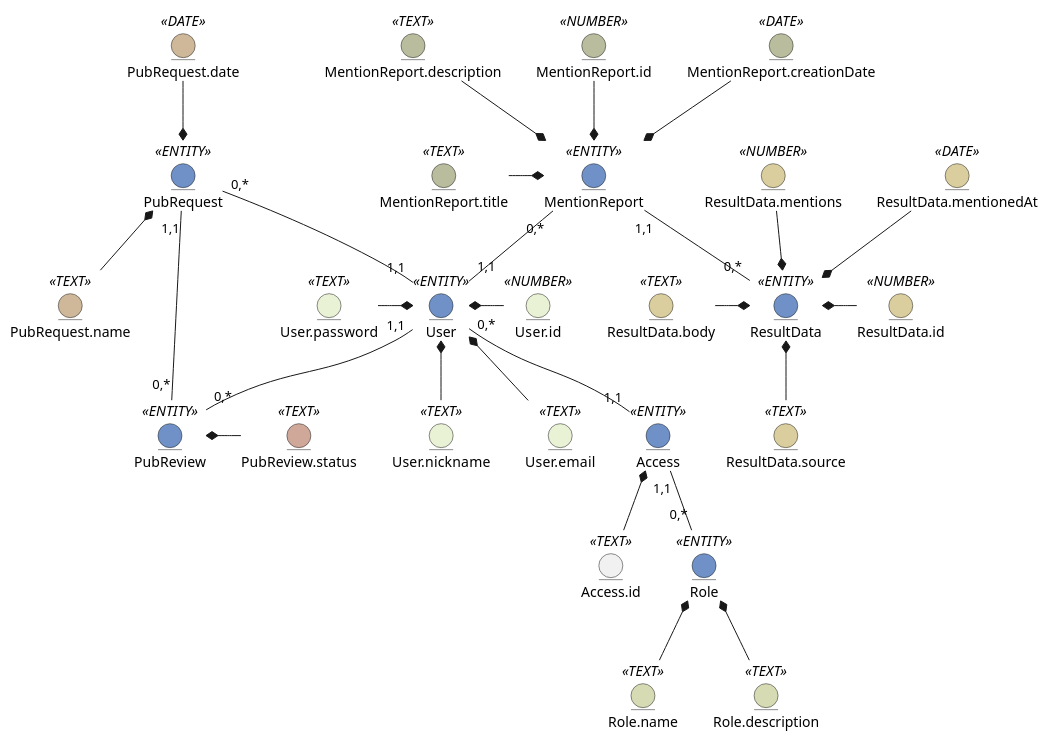
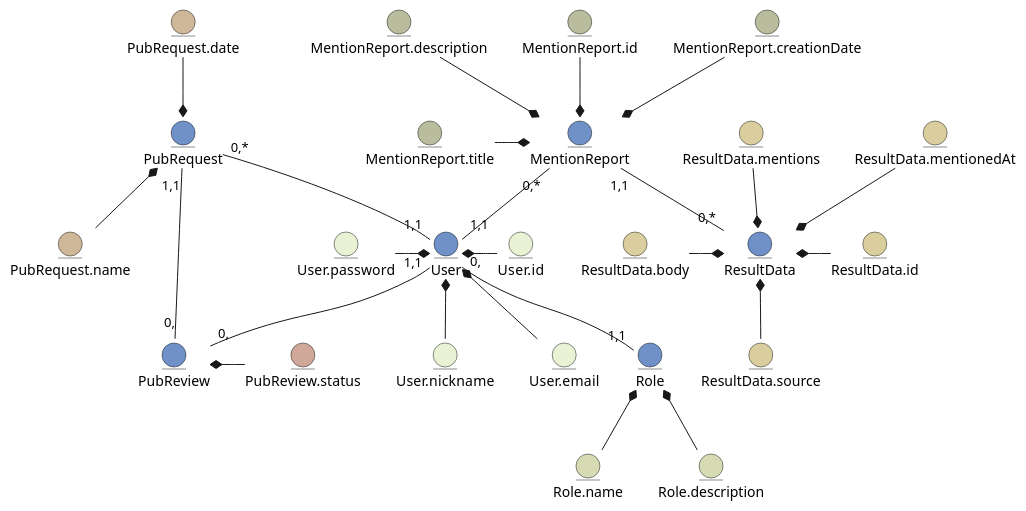
Before and after one commit to bifynok/Media-content-analysis-system_DB: the first of 2 diagrams in docs/design/README.md, drawn with PlantUML.

```diff
--- a/docs/design/README.md
+++ b/docs/design/README.md
@@ -4,72 +4,66 @@
 @startuml
 
-  entity User <<ENTITY>> #6f91c7
-  entity User.id <<NUMBER>> #e9f2d5
-  entity User.nickname <<TEXT>> #e9f2d5
-  entity User.email <<TEXT>> #e9f2d5
-  entity User.password <<TEXT>> #e9f2d5
-  
-  User *-r- User.id 
-  User *-d- User.nickname
-  User *-d- User.email 
-  User *-l- User.password
-  
-  entity Access <<ENTITY>> #6f91c7
-  entity Access.id <<TEXT>>
-  
-  Access *-- Access.id
-  
-  entity Role <<ENTITY>> #6f91c7
-  entity Role.name <<TEXT>> #d7dbb4
-  entity Role.description <<TEXT>> #d7dbb4
-  
-  User "0,*"--"1,1" Access
-  Access "1,1"--"0,*" Role
-  
-  Role *-d- Role.description
-  Role *-d- Role.name
-  
-  entity MentionReport <<ENTITY>> #6f91c7
-  entity MentionReport.id <<NUMBER>> #b9bd9d
-  entity MentionReport.description <<TEXT>> #b9bd9d
-  entity MentionReport.creationDate <<DATE>> #b9bd9d
-  entity MentionReport.title <<TEXT>> #b9bd9d
-  
-  User "1,1"-u-"0,*" MentionReport
-  
-  MentionReport *-u- MentionReport.id
-  MentionReport *-u- MentionReport.description
-  MentionReport *-u- MentionReport.creationDate
-  MentionReport *-l- MentionReport.title
-  
-  entity ResultData <<ENTITY>> #6f91c7
-  entity ResultData.id <<NUMBER>> #dbce9e
-  entity ResultData.mentions <<NUMBER>> #dbce9e
-  entity ResultData.mentionedAt <<DATE>> #dbce9e
-  entity ResultData.source <<TEXT>> #dbce9e
-  entity ResultData.body <<TEXT>> #dbce9e
-  
-  MentionReport "1,1"--"0,*" ResultData
-  
-  ResultData *-r- ResultData.id 
-  ResultData *-u- ResultData.mentions 
-  ResultData *-u- ResultData.mentionedAt 
-  ResultData *-d- ResultData.source
-  ResultData *-l- ResultData.body 
-  
-  entity PubRequest <<ENTITY>> #6f91c7
-  entity PubRequest.date <<DATE>> #cfb899
-  entity PubRequest.name <<TEXT>> #cfb899
-  
-  User "1,1"-u-"0,*" PubRequest
-  PubRequest *-u- PubRequest.date
-  PubRequest *-d- PubRequest.name
-  
-  entity PubReview <<ENTITY>> #6f91c7
-  entity PubReview.status <<TEXT>> #cfa899
-  
-  User "1,1"--"0,*" PubReview
-  PubReview "0,*"--"1,1" PubRequest
-  PubReview *-r- PubReview.status
-  
+entity User #6f91c7 
+entity User.id #e9f2d5 
+entity User.nickname #e9f2d5 
+entity User.email #e9f2d5 
+entity User.password #e9f2d5
+
+User *-r- User.id 
+User *-d- User.nickname 
+User *-d- User.email 
+User *-l- User.password
+
+entity Role #6f91c7 
+entity Role.name #d7dbb4 
+entity Role.description #d7dbb4
+
+User "0,"--"1,1" Role
+
+Role *-d- Role.description 
+Role *-d- Role.name
+
+entity MentionReport #6f91c7 
+entity MentionReport.id #b9bd9d 
+entity MentionReport.description #b9bd9d 
+entity MentionReport.creationDate #b9bd9d 
+entity MentionReport.title #b9bd9d
+
+User "1,1"-u-"0,*" MentionReport
+
+MentionReport *-u- MentionReport.id 
+MentionReport *-u- MentionReport.description 
+MentionReport *-u- MentionReport.creationDate 
+MentionReport *-l- MentionReport.title
+
+entity ResultData #6f91c7 
+entity ResultData.id #dbce9e 
+entity ResultData.mentions #dbce9e 
+entity ResultData.mentionedAt #dbce9e 
+entity ResultData.source #dbce9e 
+entity ResultData.body #dbce9e
+
+MentionReport "1,1"--"0,*" ResultData
+
+ResultData *-r- ResultData.id 
+ResultData *-u- ResultData.mentions 
+ResultData *-u- ResultData.mentionedAt 
+ResultData *-d- ResultData.source 
+ResultData *-l- ResultData.body
+
+entity PubRequest #6f91c7 
+entity PubRequest.date #cfb899 
+entity PubRequest.name #cfb899
+
+User "1,1"-u-"0,*" PubRequest 
+PubRequest *-u- PubRequest.date 
+PubRequest *-d- PubRequest.name
+
+entity PubReview #6f91c7 
+entity PubReview.status #cfa899
+
+User "1,1"--"0," PubReview 
+PubReview "0,"--"1,1" PubRequest 
+PubReview *-r- PubReview.status
+
 @enduml
```
